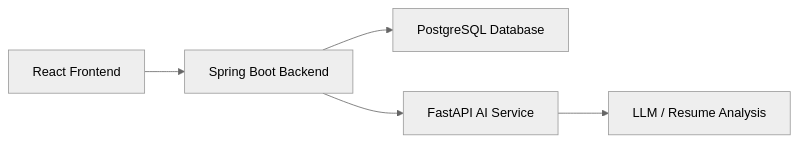
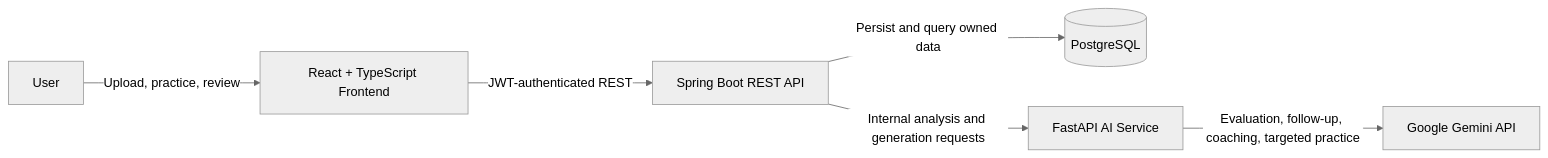
One commit to vaish0107/InterviewAce-AI changed the diagram in docs/ARCHITECTURE.md. Above: the diagram before and after it, drawn with Mermaid (neutral theme). The commit also changed other lines of this file and 2 other files, not shown here.

````diff
--- a/docs/ARCHITECTURE.md
+++ b/docs/ARCHITECTURE.md
@@ -62,7 +39,15 @@
 ```mermaid
 flowchart LR
-    A[React Frontend] --> B[Spring Boot Backend]
-    B --> C[PostgreSQL Database]
-    B --> D[FastAPI AI Service]
-    D --> E[LLM / Resume Analysis]
+    User[User]
+    UI[React + TypeScript Frontend]
+    API[Spring Boot REST API]
+    DB[(PostgreSQL)]
+    AISvc[FastAPI AI Service]
+    Gemini[Google Gemini API]
+
+    User -->|Upload, practice, review| UI
+    UI -->|JWT-authenticated REST| API
+    API -->|Persist and query owned data| DB
+    API -->|Internal analysis and generation requests| AISvc
+    AISvc -->|Evaluation, follow-up, coaching, targeted practice| Gemini
 ```
````
